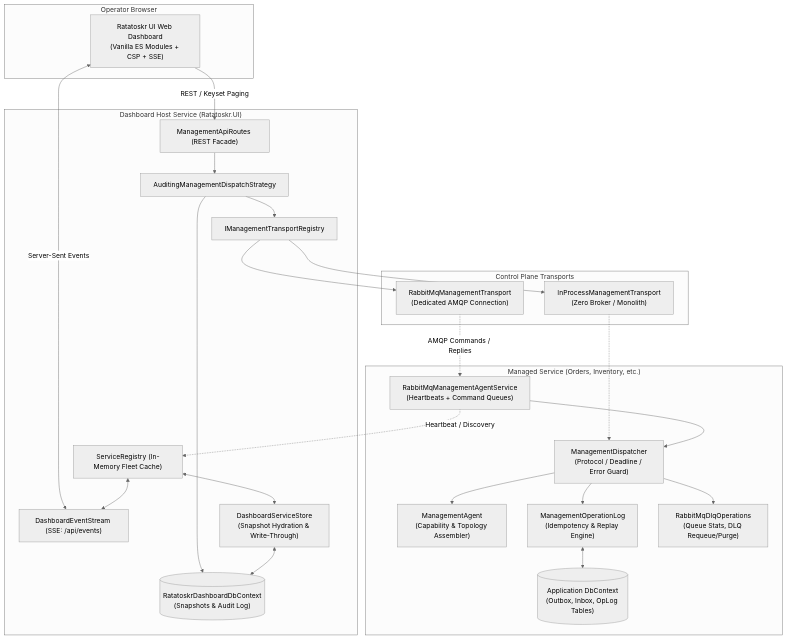
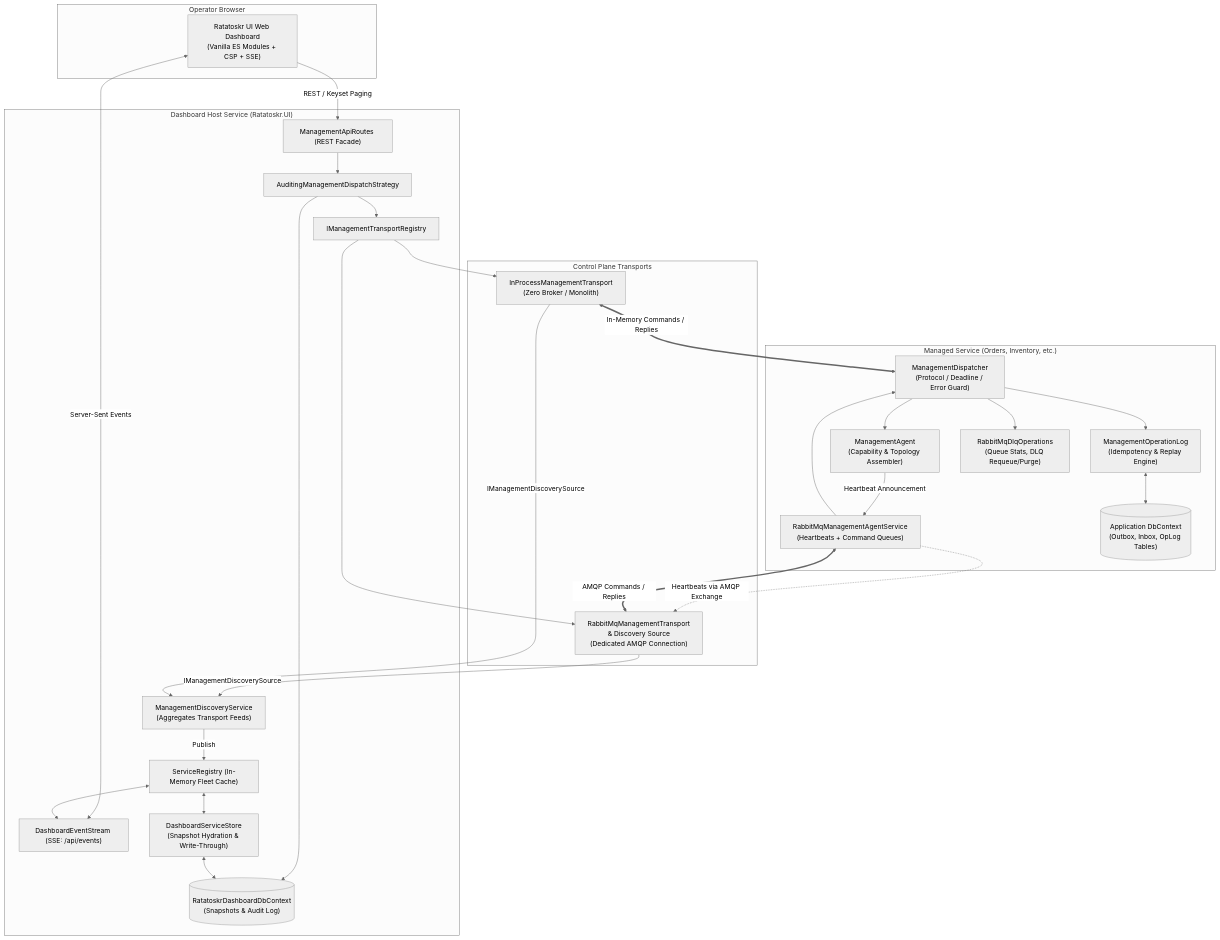
Before and after one commit to saithis/Ratatoskr: the first of 7 diagrams in docs/management-architecture.md, drawn with Mermaid (neutral theme). The commit also changed other lines of this file and 2 other files, not shown here.

````diff
--- a/docs/management-architecture.md
+++ b/docs/management-architecture.md
@@ -25,51 +25,58 @@
 ```mermaid
 flowchart TB
-    subgraph Browser["Operator Browser"]
-        UI["Ratatoskr UI Web Dashboard\n(Vanilla ES Modules + CSP + SSE)"]
+    subgraph Browser ["Operator Browser"]
+        UI["Ratatoskr UI Web Dashboard<br/>(Vanilla ES Modules + CSP + SSE)"]
     end
 
-    subgraph DashboardHost["Dashboard Host Service (Ratatoskr.UI)"]
+    subgraph DashboardHost ["Dashboard Host Service (Ratatoskr.UI)"]
         Routes["ManagementApiRoutes (REST Facade)"]
         AuditWriter["AuditingManagementDispatchStrategy"]
         Registry["ServiceRegistry (In-Memory Fleet Cache)"]
         EventStream["DashboardEventStream (SSE: /api/events)"]
-        DashDb[("RatatoskrDashboardDbContext\n(Snapshots & Audit Log)")]
-        DashStore["DashboardServiceStore\n(Snapshot Hydration & Write-Through)"]
+        DashDb[("RatatoskrDashboardDbContext<br/>(Snapshots & Audit Log)")]
+        DashStore["DashboardServiceStore<br/>(Snapshot Hydration & Write-Through)"]
         TransportReg["IManagementTransportRegistry"]
+        DiscoveryService["ManagementDiscoveryService<br/>(Aggregates Transport Feeds)"]
     end
 
-    subgraph Transports["Control Plane Transports"]
-        InProc["InProcessManagementTransport\n(Zero Broker / Monolith)"]
-        RmqTransport["RabbitMqManagementTransport\n(Dedicated AMQP Connection)"]
+    subgraph Transports ["Control Plane Transports"]
+        InProc["InProcessManagementTransport<br/>(Zero Broker / Monolith)"]
+        RmqTransport["RabbitMqManagementTransport<br/>& Discovery Source<br/>(Dedicated AMQP Connection)"]
     end
 
-    subgraph ManagedService["Managed Service (Orders, Inventory, etc.)"]
-        RmqAgent["RabbitMqManagementAgentService\n(Heartbeats + Command Queues)"]
-        Agent["ManagementAgent\n(Capability & Topology Assembler)"]
-        Dispatcher["ManagementDispatcher\n(Protocol / Deadline / Error Guard)"]
-        OpsLog["ManagementOperationLog\n(Idempotency & Replay Engine)"]
-        AppDb[("Application DbContext\n(Outbox, Inbox, OpLog Tables)")]
-        RmqOps["RabbitMqDlqOperations\n(Queue Stats, DLQ Requeue/Purge)"]
+    subgraph ManagedService ["Managed Service (Orders, Inventory, etc.)"]
+        RmqAgent["RabbitMqManagementAgentService<br/>(Heartbeats + Command Queues)"]
+        Agent["ManagementAgent<br/>(Capability & Topology Assembler)"]
+        Dispatcher["ManagementDispatcher<br/>(Protocol / Deadline / Error Guard)"]
+        OpsLog["ManagementOperationLog<br/>(Idempotency & Replay Engine)"]
+        AppDb[("Application DbContext<br/>(Outbox, Inbox, OpLog Tables)")]
+        RmqOps["RabbitMqDlqOperations<br/>(Queue Stats, DLQ Requeue/Purge)"]
     end
 
     UI -->|REST / Keyset Paging| Routes
     UI <-->|Server-Sent Events| EventStream
     Routes --> AuditWriter
     AuditWriter --> DashDb
     AuditWriter --> TransportReg
     Registry <--> EventStream
     Registry <--> DashStore
     DashStore <--> DashDb
 
     TransportReg --> InProc
     TransportReg --> RmqTransport
 
-    RmqTransport -.->|AMQP Commands / Replies| RmqAgent
-    InProc -.-> Dispatcher
+    RmqTransport <==>|AMQP Commands / Replies| RmqAgent
+    InProc <==>|In-Memory Commands / Replies| Dispatcher
+
+    Agent -->|Heartbeat Announcement| RmqAgent
+    RmqAgent -.->|Heartbeats via AMQP Exchange| RmqTransport
+    RmqTransport -->|IManagementDiscoverySource| DiscoveryService
+    InProc -->|IManagementDiscoverySource| DiscoveryService
+    DiscoveryService -->|Publish| Registry
+
     RmqAgent --> Dispatcher
-    RmqAgent -.->|Heartbeat / Discovery| Registry
     Dispatcher --> Agent
     Dispatcher --> OpsLog
     Dispatcher --> RmqOps
     OpsLog <--> AppDb
 ```
````
